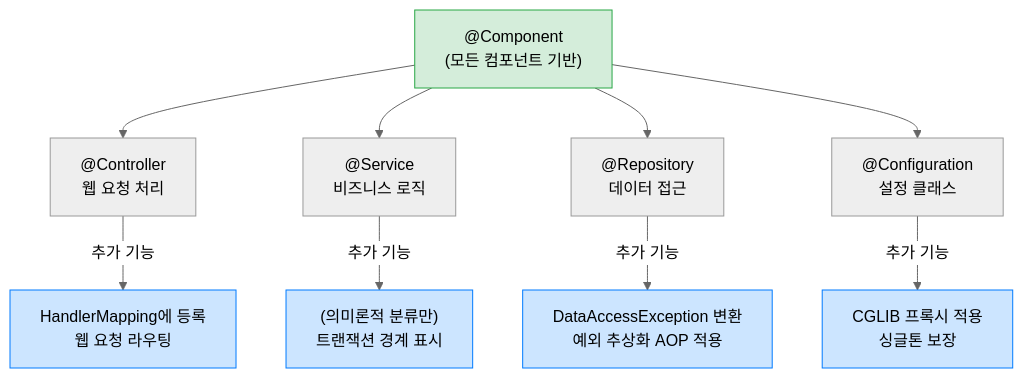
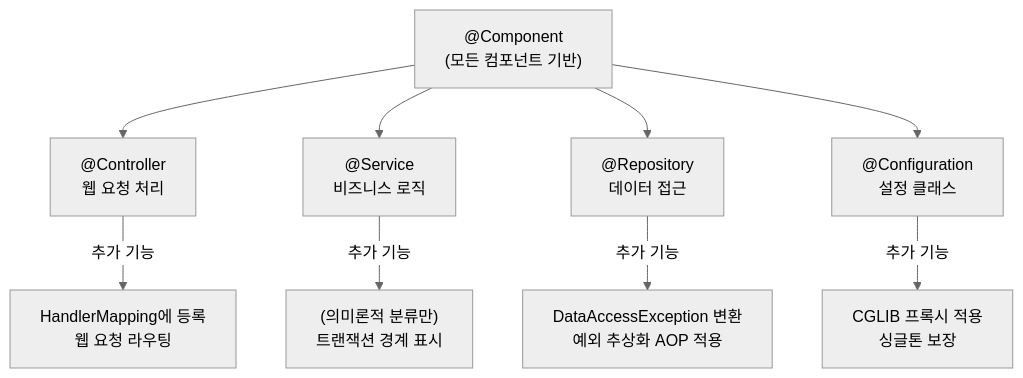
Before and after one commit to yjkim2015/yjkim2015.github.io: the fourth of 13 diagrams in _posts/spring/2026-05-02-spring-core-basic.md, drawn with Mermaid (neutral theme). The commit also changed other lines of this file and 215 other files, not shown here.

First line of the commit message:
신규 포스트 10개 추가 + Mermaid 전면 축소 + SystemDesign 시리즈 보강

````diff
--- a/_posts/spring/2026-05-02-spring-core-basic.md
+++ b/_posts/spring/2026-05-02-spring-core-basic.md
@@ -255,17 +201,11 @@
 ```mermaid
 graph TD
     A["@Component\n(모든 컴포넌트 기반)"] --> B["@Controller\n웹 요청 처리"]
     A --> C["@Service\n비즈니스 로직"]
     A --> D["@Repository\n데이터 접근"]
     A --> E["@Configuration\n설정 클래스"]
-
     B -->|"추가 기능"| F["HandlerMapping에 등록\n웹 요청 라우팅"]
     C -->|"추가 기능"| G["(의미론적 분류만)\n트랜잭션 경계 표시"]
     D -->|"추가 기능"| H["DataAccessException 변환\n예외 추상화 AOP 적용"]
     E -->|"추가 기능"| I["CGLIB 프록시 적용\n싱글톤 보장"]
-
-    classDef green fill:#d4edda,stroke:#28a745
-    classDef blue fill:#cce5ff,stroke:#007bff
-    class A green
-    class F,G,H,I blue
 ```
````
